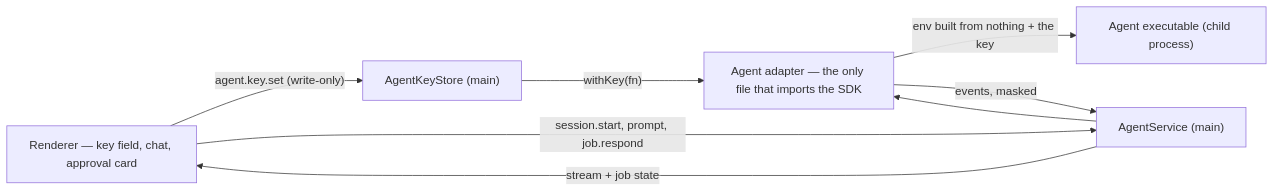
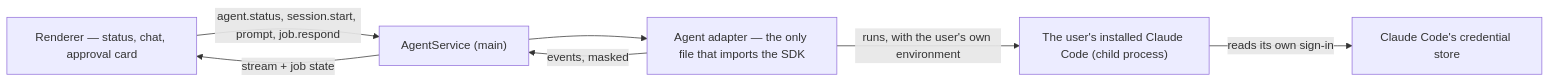
Before and after one commit to DhananjayaR/agent-kernel: the second of 2 diagrams in docs/specs/950-agent-kernel-studio/architecture.md, drawn with Mermaid. The commit also changed other lines of this file and 6 other files, not shown here.

Commit message:
docs: coding agent uses the user's own signed-in Claude Code, no stored key, for #950

````diff
--- a/docs/specs/950-agent-kernel-studio/architecture.md
+++ b/docs/specs/950-agent-kernel-studio/architecture.md
@@ -220,9 +224,8 @@
 ```mermaid
 flowchart LR
-  UI["Renderer — key field, chat, approval card"] -- "agent.key.set (write-only)" --> KS["AgentKeyStore (main)"]
-  UI -- "session.start, prompt, job.respond" --> AS["AgentService (main)"]
-  KS -- "withKey(fn)" --> AD["Agent adapter — the only file that imports the SDK"]
-  AS --> AD
-  AD -- "env built from nothing + the key" --> CLI["Agent executable (child process)"]
+  UI["Renderer — status, chat, approval card"] -- "agent.status, session.start, prompt, job.respond" --> AS["AgentService (main)"]
+  AS --> AD["Agent adapter — the only file that imports the SDK"]
+  AD -- "runs, with the user's own environment" --> CLI["The user's installed Claude Code (child process)"]
+  CLI -- "reads its own sign-in" --> CRED["Claude Code's credential store"]
   AD -- "events, masked" --> AS -- "stream + job state" --> UI
 ```
````
